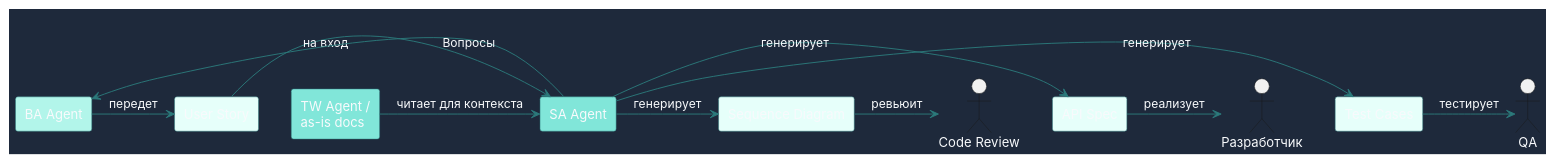
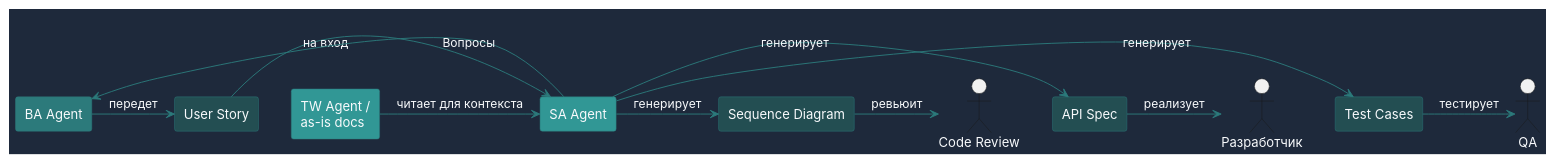
The diagram in docs/agents/sa-agent/profile.md (anurgaz/cita-agents), drawn with PlantUML before and after one commit. The commit also changed 11 other files, not shown here.

````diff
--- a/docs/agents/sa-agent/profile.md
+++ b/docs/agents/sa-agent/profile.md
@@ -40,32 +40,32 @@
 ```kroki-plantuml
 @startuml
 skinparam backgroundColor #1e293b
 skinparam shadowing false
 skinparam defaultFontName Inter
 skinparam defaultFontColor #f8fafc
 skinparam ArrowColor #2c7a7b
 skinparam RectangleBorderColor #2c7a7b
 
-rectangle "BA Agent" as ba #B2F5EA
-rectangle "User Story" as us #E6FFFA
-rectangle "SA Agent" as sa #81E6D9
-rectangle "TW Agent /\nas-is docs" as tw #81E6D9
-rectangle "API Spec" as api #E6FFFA
-rectangle "Sequence Diagram" as seq #E6FFFA
-rectangle "Test Cases" as tc #E6FFFA
+rectangle "BA Agent" as ba #2C7A7B
+rectangle "User Story" as us #234E52
+rectangle "SA Agent" as sa #319795
+rectangle "TW Agent /\nas-is docs" as tw #319795
+rectangle "API Spec" as api #234E52
+rectangle "Sequence Diagram" as seq #234E52
+rectangle "Test Cases" as tc #234E52
 actor "Разработчик" as dev
 actor "Code Review" as cr
 actor "QA" as qa
 
 ba -> us : передет
 us -> sa : на вход
 tw -> sa : читает для контекста
 sa -> ba : Вопросы
 sa -> api : генерирует
 sa -> seq : генерирует
 sa -> tc : генерирует
 api -> dev : реализует
 seq -> cr : ревьюит
 tc -> qa : тестирует
 @enduml
 ```
````
